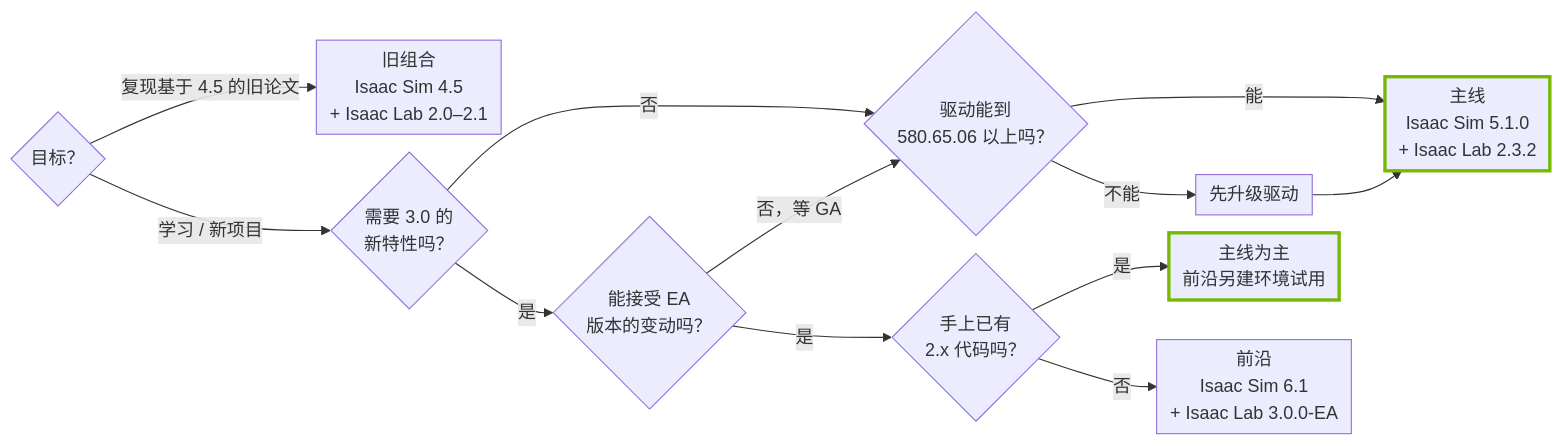
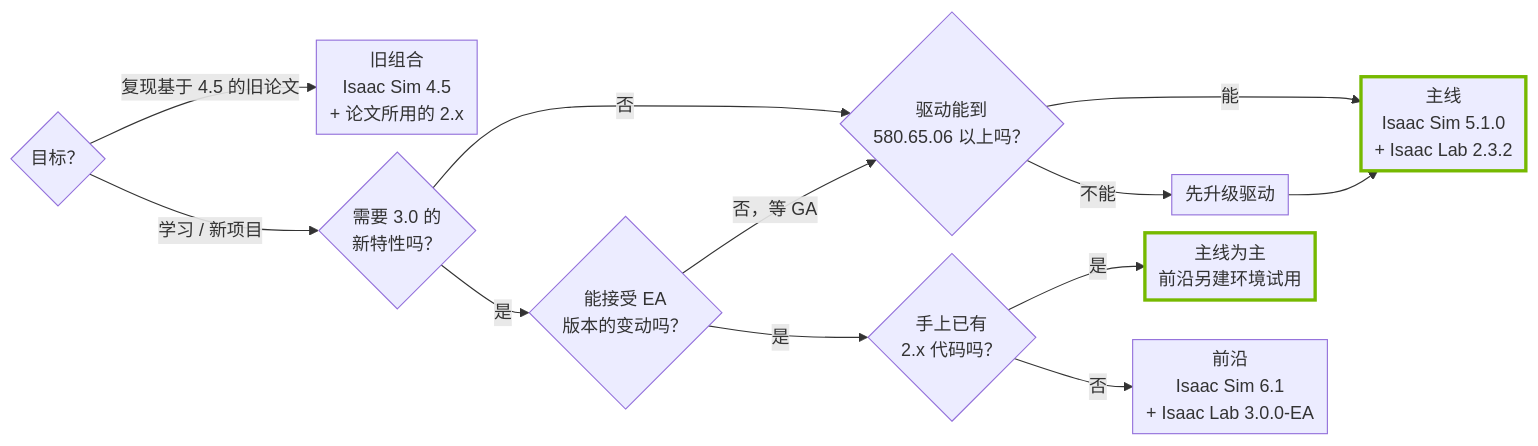
The diagram in docs/1-env/1.2-version-decision.md (ueasycallme/academy), drawn with Mermaid before and after one commit. The commit also changed other lines of this file and 5 other files, not shown here.

````diff
--- a/docs/1-env/1.2-version-decision.md
+++ b/docs/1-env/1.2-version-decision.md
@@ -26,29 +26,29 @@
 ```mermaid
 %%{init: {"flowchart": {"rankSpacing": 30, "nodeSpacing": 16, "padding": 6}}}%%
 flowchart LR
     Q1{"目标？"}
     Q2{"需要 3.0 的<br/>新特性吗？"}
     Q3{"能接受 EA<br/>版本的变动吗？"}
     Q4{"手上已有<br/>2.x 代码吗？"}
     Q5{"驱动能到<br/>580.65.06 以上吗？"}
     A["主线<br/>Isaac Sim 5.1.0<br/>+ Isaac Lab 2.3.2"]
     B["前沿<br/>Isaac Sim 6.1<br/>+ Isaac Lab 3.0.0-EA"]
     AB["主线为主<br/>前沿另建环境试用"]
-    C["旧组合<br/>Isaac Sim 4.5<br/>+ Isaac Lab 2.0–2.1"]
+    C["旧组合<br/>Isaac Sim 4.5<br/>+ 论文所用的 2.x"]
     UP["先升级驱动"]
 
     Q1 -- "复现基于 4.5 的旧论文" --> C
     Q1 -- "学习 / 新项目" --> Q2
     Q2 -- "否" --> Q5
     Q2 -- "是" --> Q3
     Q3 -- "否，等 GA" --> Q5
     Q3 -- "是" --> Q4
     Q4 -- "是" --> AB
     Q4 -- "否" --> B
     Q5 -- "能" --> A
     Q5 -- "不能" --> UP
     UP --> A
 
     classDef main stroke:#76b900,stroke-width:3px
     class A,AB main
 ```
````
